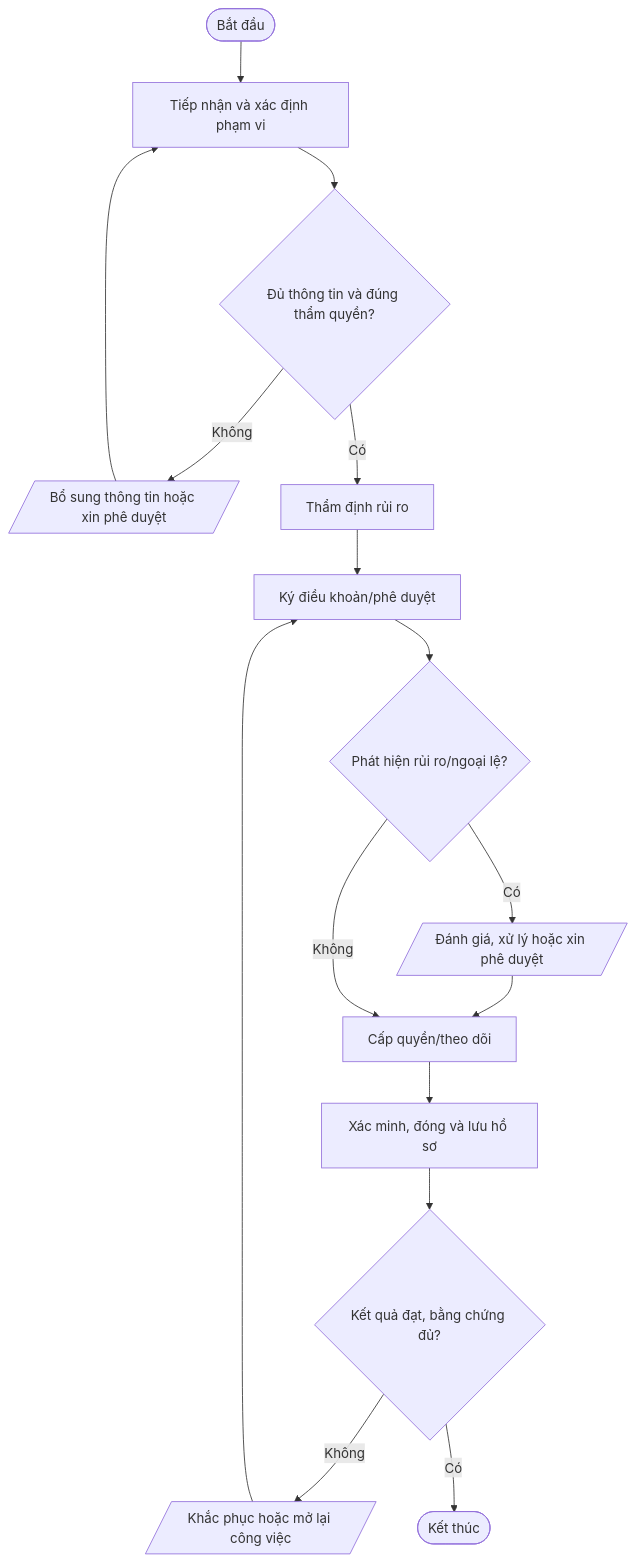
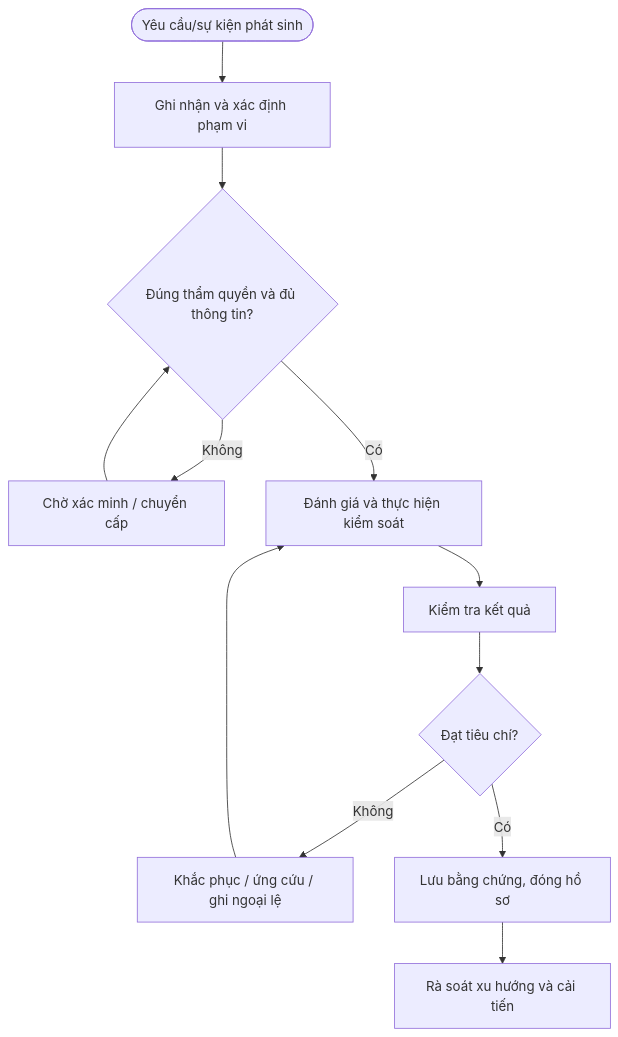
Before and after one commit to daoaigiangnam/Quy_Trinh_Chuan: the diagram in quy-trinh/chi-tiet/QT-ATTT-09.md, drawn with Mermaid. The commit also changed other lines of this file, not shown here.

````diff
--- a/quy-trinh/chi-tiet/QT-ATTT-09.md
+++ b/quy-trinh/chi-tiet/QT-ATTT-09.md
@@ -31,18 +121,14 @@
 ```mermaid
 flowchart TD
-  A([Bắt đầu]) --> S1["Tiếp nhận và xác định phạm vi"]
-  S1 --> D1{"Đủ thông tin và đúng thẩm quyền?"}
-  D1 -- Không --> F1[/"Bổ sung thông tin hoặc xin phê duyệt"/]
-  F1 --> S1
-  D1 -- Có --> S2["Thẩm định rủi ro"]
-  S2 --> S3["Ký điều khoản/phê duyệt"]
-  S3 --> D2{"Phát hiện rủi ro/ngoại lệ?"}
-  D2 -- Có --> RISK[/"Đánh giá, xử lý hoặc xin phê duyệt"/]
-  RISK --> S4["Cấp quyền/theo dõi"]
-  D2 -- Không --> S4
-  S4 --> S5["Xác minh, đóng và lưu hồ sơ"]
-  S5 --> D3{"Kết quả đạt, bằng chứng đủ?"}
-  D3 -- Không --> R[/"Khắc phục hoặc mở lại công việc"/]
-  R --> S3
-  D3 -- Có --> Z([Kết thúc])
+ A([Yêu cầu/sự kiện phát sinh]) --> B[Ghi nhận và xác định phạm vi]
+ B --> C{Đúng thẩm quyền và đủ thông tin?}
+ C -- Không --> D[Chờ xác minh / chuyển cấp]
+ D --> C
+ C -- Có --> E[Đánh giá và thực hiện kiểm soát]
+ E --> F[Kiểm tra kết quả]
+ F --> G{Đạt tiêu chí?}
+ G -- Không --> H[Khắc phục / ứng cứu / ghi ngoại lệ]
+ H --> E
+ G -- Có --> I[Lưu bằng chứng, đóng hồ sơ]
+ I --> J[Rà soát xu hướng và cải tiến]
 ```
````
